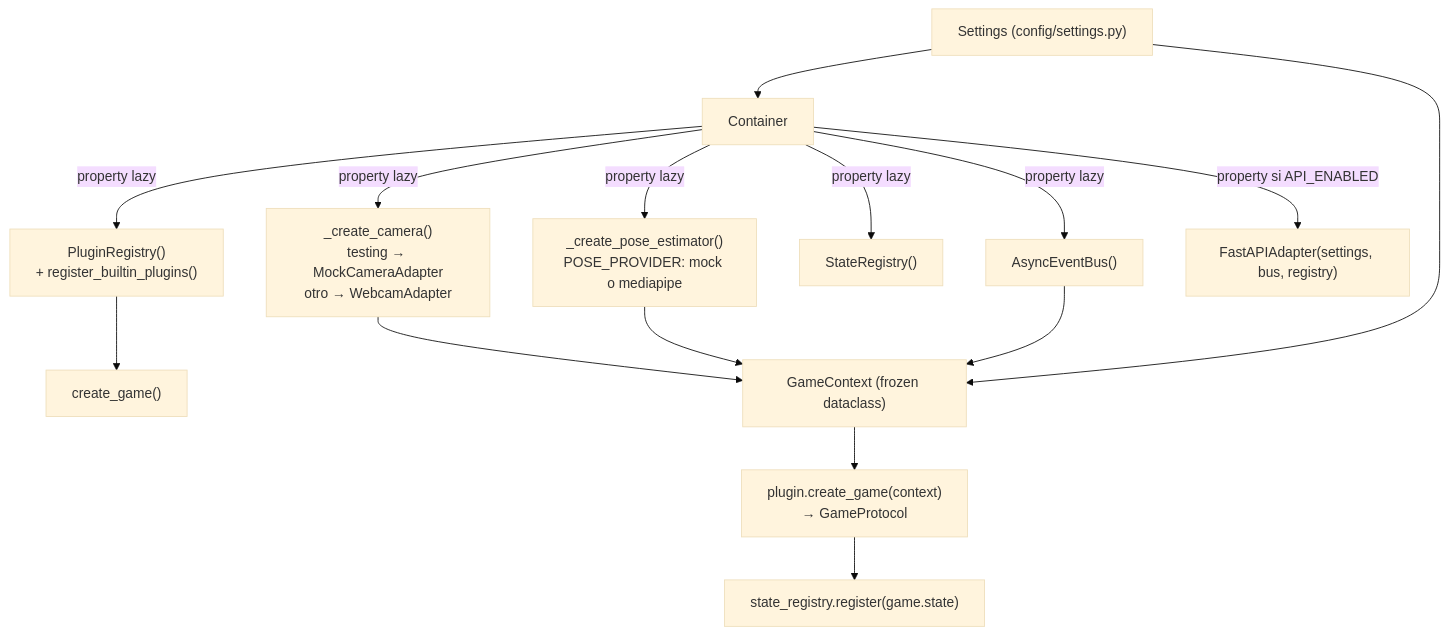
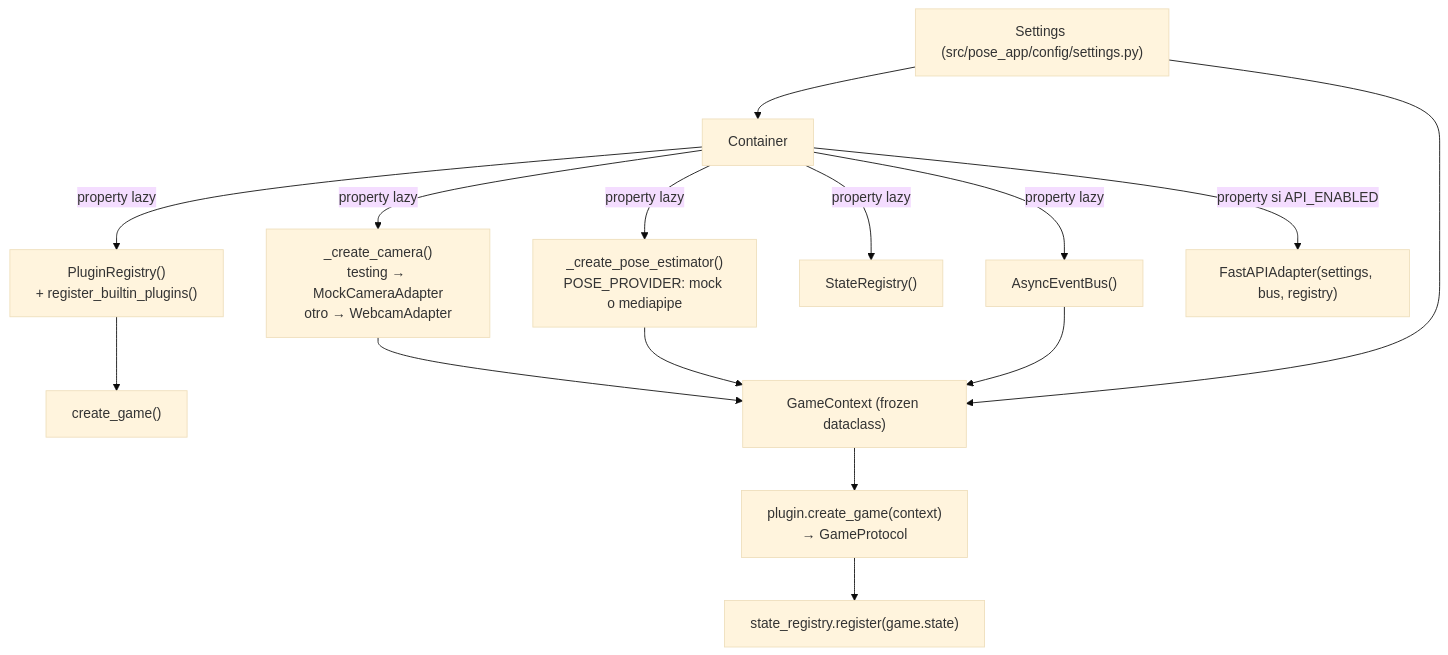
The third of 8 diagrams in docs/system_learning.md (mauricioVillegasBelmont/pose_app), drawn with Mermaid (base theme) before and after one commit. The commit also changed other lines of this file and 5 other files, not shown here.

````diff
--- a/docs/system_learning.md
+++ b/docs/system_learning.md
@@ -162,18 +162,18 @@
 ```mermaid
 flowchart TD
-    S["Settings (config/settings.py)"] --> C["Container"]
+    S["Settings (src/pose_app/config/settings.py)"] --> C["Container"]
     C -->|"property lazy"| CAM["_create_camera()<br/>testing → MockCameraAdapter<br/>otro → WebcamAdapter"]
     C -->|"property lazy"| POSE["_create_pose_estimator()<br/>POSE_PROVIDER: mock o mediapipe"]
     C -->|"property lazy"| BUS["AsyncEventBus()"]
     C -->|"property lazy"| SR["StateRegistry()"]
     C -->|"property lazy"| PR["PluginRegistry()<br/>+ register_builtin_plugins()"]
     C -->|"property si API_ENABLED"| API["FastAPIAdapter(settings, bus, registry)"]
 
     PR --> CG["create_game()"]
     CAM --> CTX["GameContext (frozen dataclass)"]
     POSE --> CTX
     BUS --> CTX
     S --> CTX
     CTX --> PLUGIN["plugin.create_game(context)<br/>→ GameProtocol"]
     PLUGIN --> SR2["state_registry.register(game.state)"]
 ```
````
